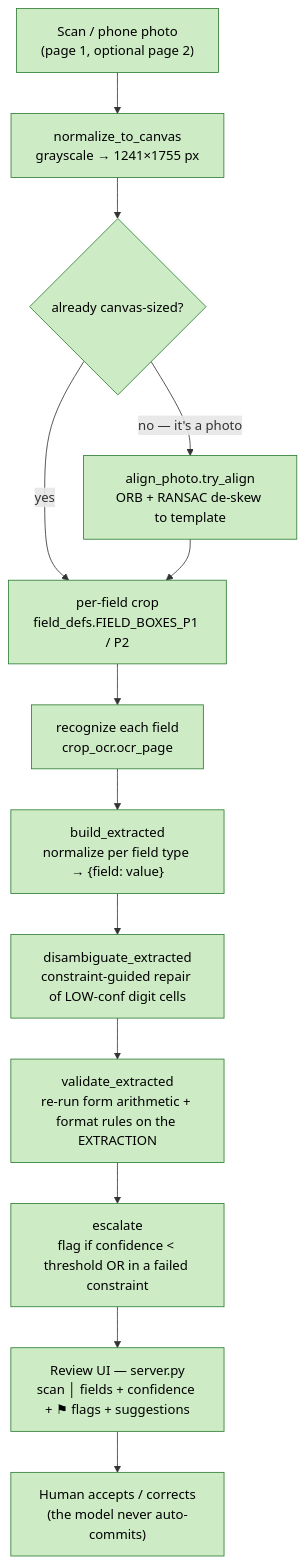
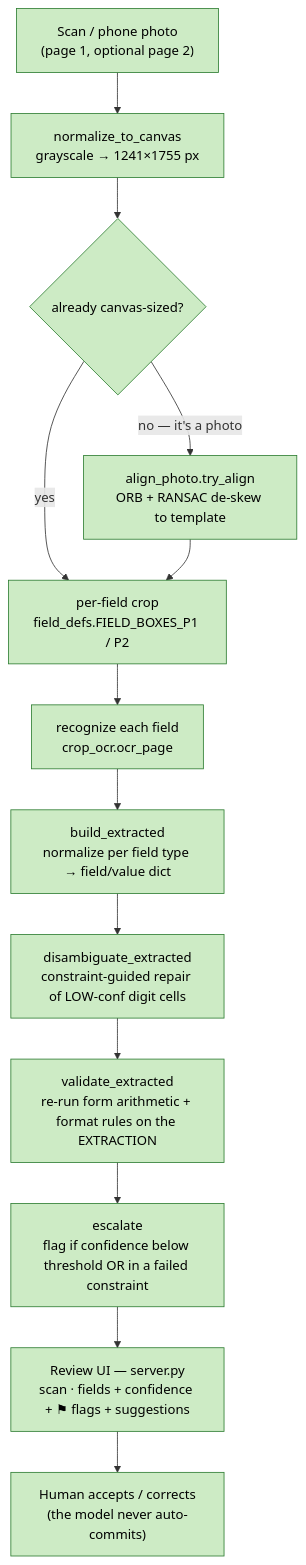
Before and after one commit to samooo221/potvrdenie: the first of 7 diagrams in ARCHITECTURE.md, drawn with Mermaid. The commit also changed other lines of this file, not shown here.

Commit message:
ARCHITECTURE.md: harden mermaid for reliable GitHub rendering
Reviewed the 7 diagrams as they'd render on GitHub and removed the two constructs
most likely to break the renderer (and show an "Unable to render diagram" box):
- literal curly braces {} inside node labels — mermaid uses {} for decision-node
  shapes, so braces in a label can trip the parser (§1 build_extracted, §3 result
  nodes). Reworded to "field/value dict" etc.
- bare < / > inside labels — a < can be parsed as an HTML tag opener. Reworded to
  "below"/"over" (§1 escalate, §2 occupancy, §3 escalation decision).

Diagrams also verified factually against the code: routing matches ocr_page,
constraints match _run_checks, module-map edges match the imports.

````diff
--- a/ARCHITECTURE.md
+++ b/ARCHITECTURE.md
@@ -22,18 +22,18 @@
 ```mermaid
 flowchart TD
     A["Scan / phone photo<br/>(page 1, optional page 2)"] --> B["normalize_to_canvas<br/>grayscale → 1241×1755 px"]
     B --> C{"already canvas-sized?"}
     C -- "no — it's a photo" --> D["align_photo.try_align<br/>ORB + RANSAC de-skew to template"]
     C -- "yes" --> E["per-field crop<br/>field_defs.FIELD_BOXES_P1 / P2"]
     D --> E
     E --> F["recognize each field<br/>crop_ocr.ocr_page"]
-    F --> G["build_extracted<br/>normalize per field type → {field: value}"]
+    F --> G["build_extracted<br/>normalize per field type → field/value dict"]
     G --> H["disambiguate_extracted<br/>constraint-guided repair of LOW-conf digit cells"]
     H --> I["validate_extracted<br/>re-run form arithmetic + format rules on the EXTRACTION"]
-    I --> J["escalate<br/>flag if confidence < threshold OR in a failed constraint"]
-    J --> K["Review UI — server.py<br/>scan │ fields + confidence + ⚑ flags + suggestions"]
+    I --> J["escalate<br/>flag if confidence below threshold OR in a failed constraint"]
+    J --> K["Review UI — server.py<br/>scan · fields + confidence + ⚑ flags + suggestions"]
     K --> L["Human accepts / corrects<br/>(the model never auto-commits)"]
 
     classDef built fill:#cdebc5,stroke:#2e7d32,color:#000;
     class A,B,C,D,E,F,G,H,I,J,K,L built;
 ```
````
